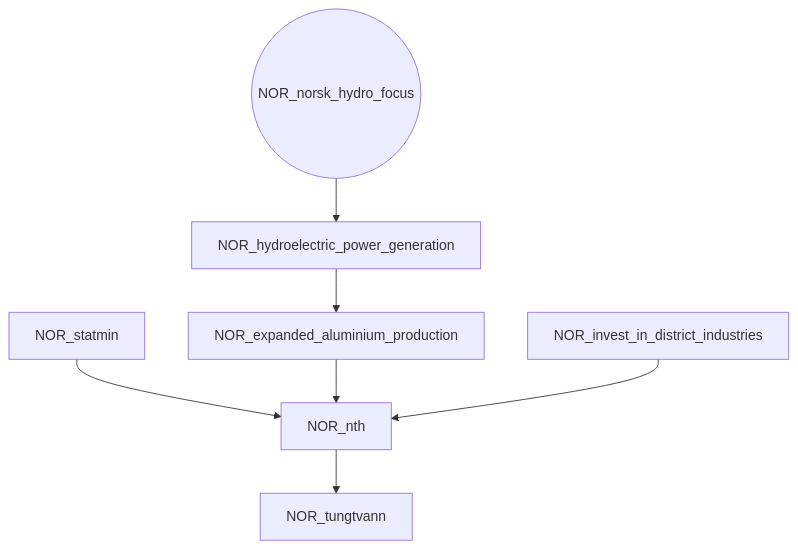
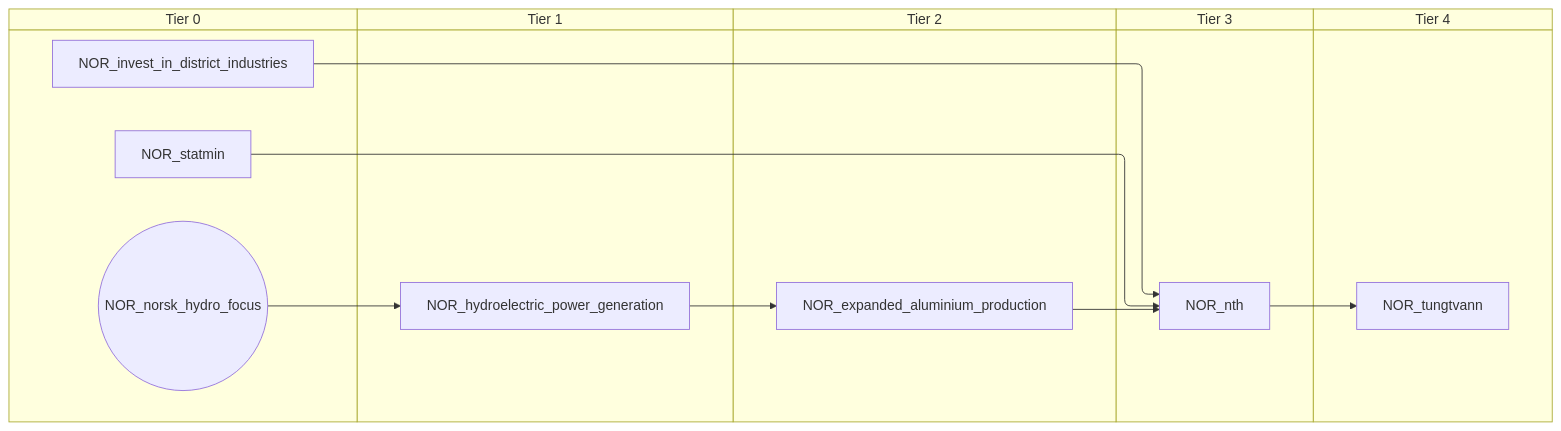
Before and after one commit to evgeny-sobol/hoi4-sandbox-mode-r56: the eighth of 9 diagrams in docs/gdd/National Focuses/r56/r56_norway.md, drawn with Mermaid. The commit also changed other lines of this file and 423 other files, not shown here.

First line of the commit message:
Re-export Rt56 focus trees as swimlane diagrams

````diff
--- a/docs/gdd/National Focuses/r56/r56_norway.md
+++ b/docs/gdd/National Focuses/r56/r56_norway.md
@@ -225,16 +291,26 @@
 ```mermaid
-flowchart TD
-    n29["NOR_expanded_aluminium_production"]
-    n50["NOR_hydroelectric_power_generation"]
-    n30["NOR_invest_in_district_industries"]
-    n51(("NOR_norsk_hydro_focus"))
-    n33["NOR_nth"]
-    n34["NOR_statmin"]
-    n35["NOR_tungtvann"]
-    n50 --> n29
-    n51 --> n50
-    n34 --> n33
-    n29 --> n33
-    n30 --> n33
-    n33 --> n35
+swimlane-beta TD
+    subgraph tier_0["Tier 0"]
+        n29["NOR_invest_in_district_industries"]
+        n50(("NOR_norsk_hydro_focus"))
+        n33["NOR_statmin"]
+    end
+    subgraph tier_1["Tier 1"]
+        n51["NOR_hydroelectric_power_generation"]
+    end
+    subgraph tier_2["Tier 2"]
+        n28["NOR_expanded_aluminium_production"]
+    end
+    subgraph tier_3["Tier 3"]
+        n34["NOR_nth"]
+    end
+    subgraph tier_4["Tier 4"]
+        n35["NOR_tungtvann"]
+    end
+    n51 --> n28
+    n50 --> n51
+    n33 --> n34
+    n28 --> n34
+    n29 --> n34
+    n34 --> n35
 ```
````
